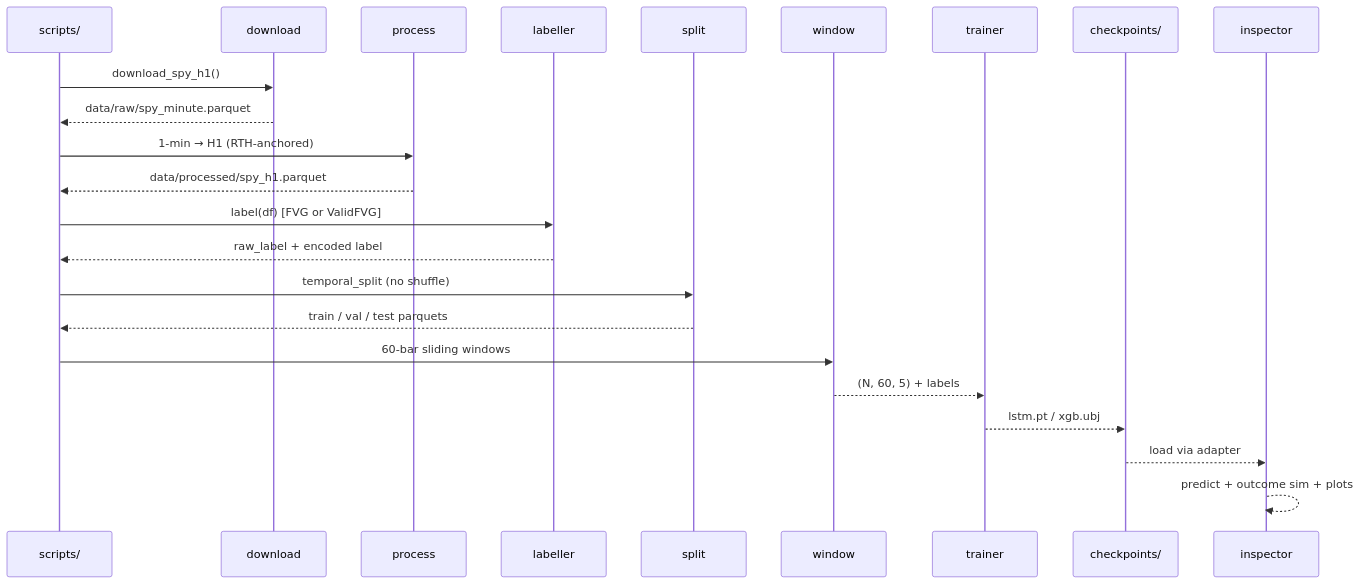
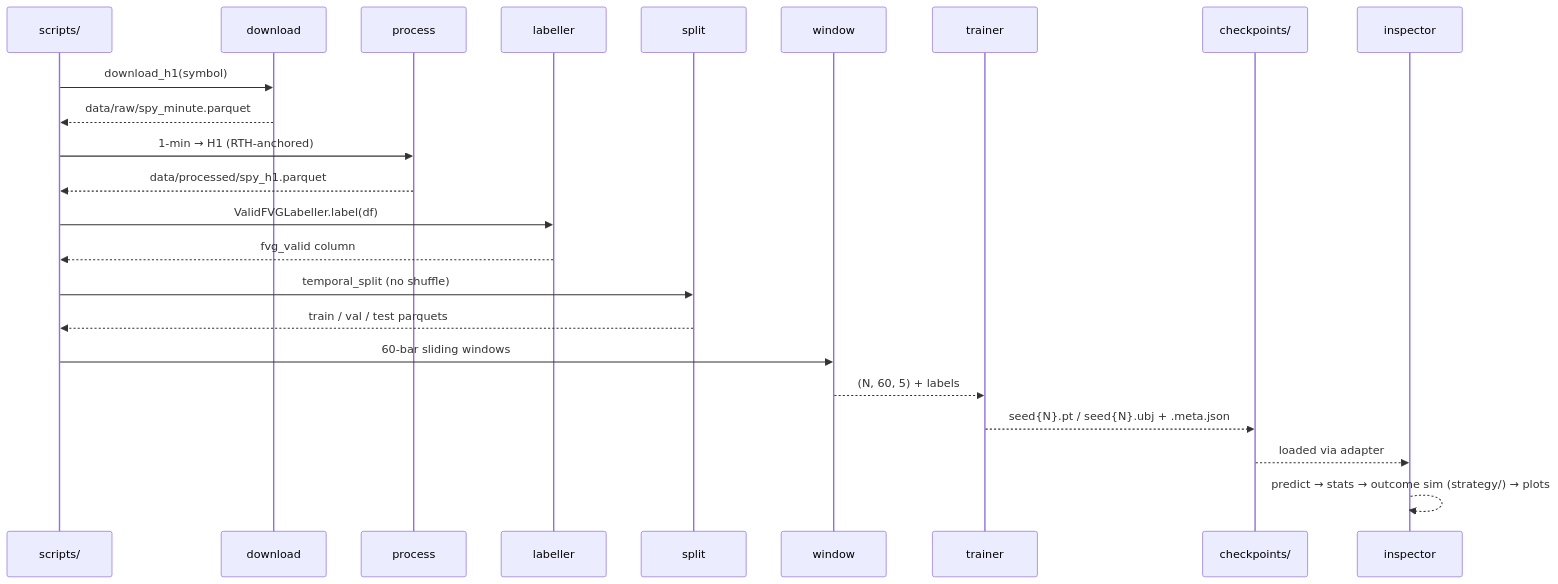
The second of 3 diagrams in docs/architecture.md (nbaburov/fvg-zone-detection), drawn with Mermaid before and after one commit. The commit also changed other lines of this file and 11 other files, not shown here.

````diff
--- a/docs/architecture.md
+++ b/docs/architecture.md
@@ -214,26 +273,26 @@
 ```mermaid
 sequenceDiagram
     participant U as scripts/
     participant DL as download
     participant PR as process
     participant LB as labeller
     participant SP as split
     participant WD as window
     participant TR as trainer
     participant CK as checkpoints/
     participant IN as inspector
 
-    U->>DL: download_spy_h1()
+    U->>DL: download_h1(symbol)
     DL-->>U: data/raw/spy_minute.parquet
     U->>PR: 1-min → H1 (RTH-anchored)
     PR-->>U: data/processed/spy_h1.parquet
-    U->>LB: label(df)  [FVG or ValidFVG]
-    LB-->>U: raw_label + encoded label
+    U->>LB: ValidFVGLabeller.label(df)
+    LB-->>U: fvg_valid column
     U->>SP: temporal_split (no shuffle)
     SP-->>U: train / val / test parquets
     U->>WD: 60-bar sliding windows
     WD-->>TR: (N, 60, 5) + labels
-    TR-->>CK: lstm.pt / xgb.ubj
-    CK-->>IN: load via adapter
-    IN-->>IN: predict + outcome sim + plots
+    TR-->>CK: seed{N}.pt / seed{N}.ubj + .meta.json
+    CK-->>IN: loaded via adapter
+    IN-->>IN: predict → stats → outcome sim (strategy/) → plots
 ```
````
